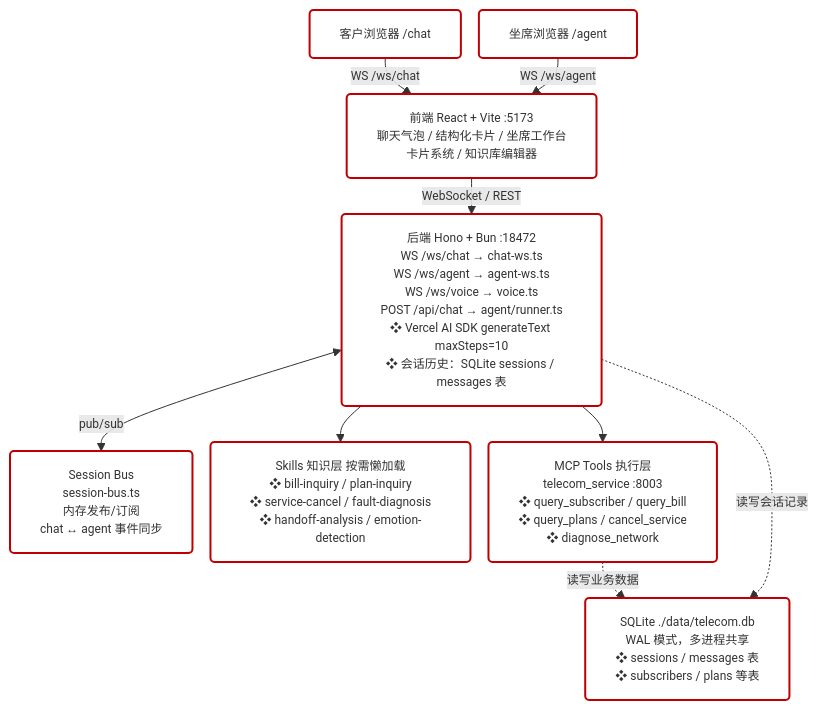
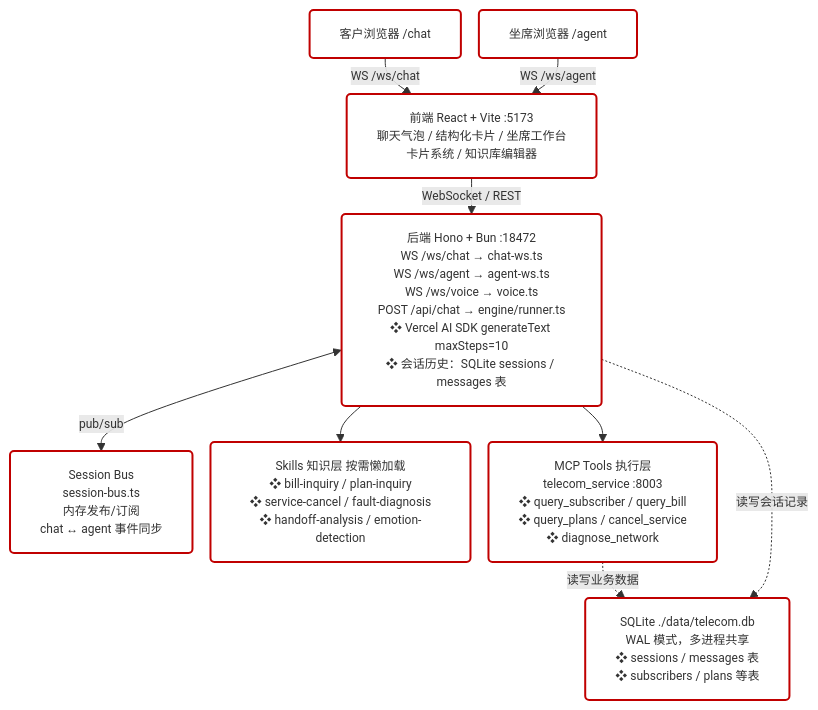
Before and after one commit to cacling/ai-bot: the first of 5 diagrams in docs/sdd/01-architecture.md, drawn with Mermaid. The commit also changed other lines of this file and 5 other files, not shown here.

````diff
--- a/docs/sdd/01-architecture.md
+++ b/docs/sdd/01-architecture.md
@@ -30,23 +30,23 @@
 ```mermaid
 %%{init: {"flowchart": {"nodeSpacing": 18, "rankSpacing": 18}, "themeVariables": {"fontSize": "12px"}} }%%
 flowchart TD
     U[客户浏览器 /chat]:::whiteRed
     A[坐席浏览器 /agent]:::whiteRed
     FE[前端 React + Vite :5173<br/>聊天气泡 / 结构化卡片 / 坐席工作台<br/>卡片系统 / 知识库编辑器]:::whiteRed
-    BE[后端 Hono + Bun :18472<br/>WS /ws/chat → chat-ws.ts<br/>WS /ws/agent → agent-ws.ts<br/>WS /ws/voice → voice.ts<br/>POST /api/chat → agent/runner.ts<br/>❖ Vercel AI SDK generateText maxSteps=10<br/>❖ 会话历史：SQLite sessions / messages 表]:::whiteRed
+    BE[后端 Hono + Bun :18472<br/>WS /ws/chat → chat-ws.ts<br/>WS /ws/agent → agent-ws.ts<br/>WS /ws/voice → voice.ts<br/>POST /api/chat → engine/runner.ts<br/>❖ Vercel AI SDK generateText maxSteps=10<br/>❖ 会话历史：SQLite sessions / messages 表]:::whiteRed
     SB[Session Bus<br/>session-bus.ts<br/>内存发布/订阅<br/>chat ↔ agent 事件同步]:::whiteRed
     SK[Skills 知识层 按需懒加载<br/>❖ bill-inquiry / plan-inquiry<br/>❖ service-cancel / fault-diagnosis<br/>❖ handoff-analysis / emotion-detection]:::whiteRed
     MCP[MCP Tools 执行层<br/>telecom_service :8003<br/>❖ query_subscriber / query_bill<br/>❖ query_plans / cancel_service<br/>❖ diagnose_network]:::whiteRed
     DB[SQLite ./data/telecom.db<br/>WAL 模式，多进程共享<br/>❖ sessions / messages 表<br/>❖ subscribers / plans 等表]:::whiteRed
 
     U -->|WS /ws/chat| FE
     A -->|WS /ws/agent| FE
     FE -->|WebSocket / REST| BE
     BE <-->|pub/sub| SB
     BE --> SK
     BE --> MCP
     MCP -.->|读写业务数据| DB
     BE -.->|读写会话记录| DB
 
     classDef whiteRed fill:#ffffff,stroke:#c00000,stroke-width:2px,color:#333,rx:4,ry:4;
 ```
````
